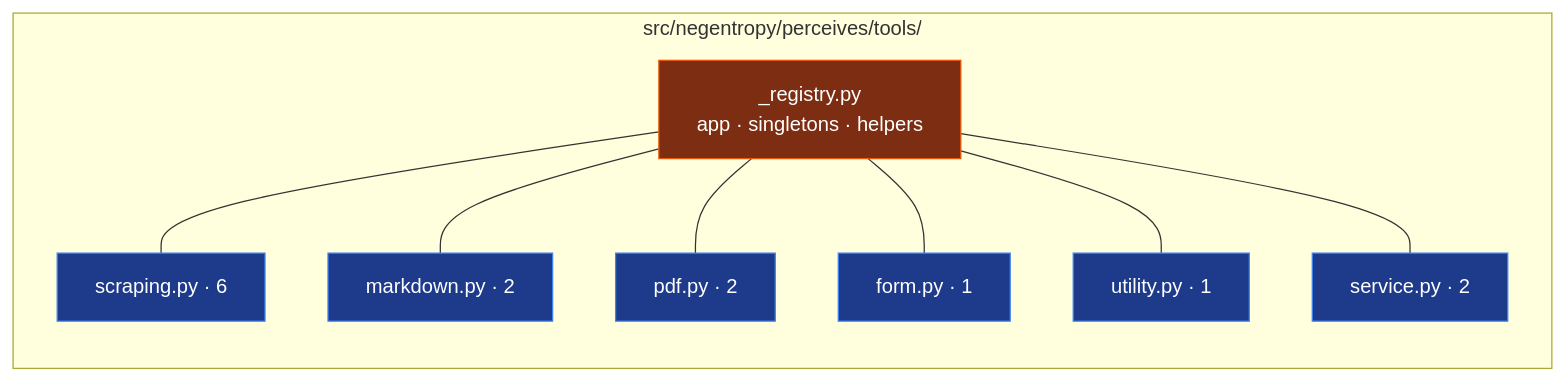
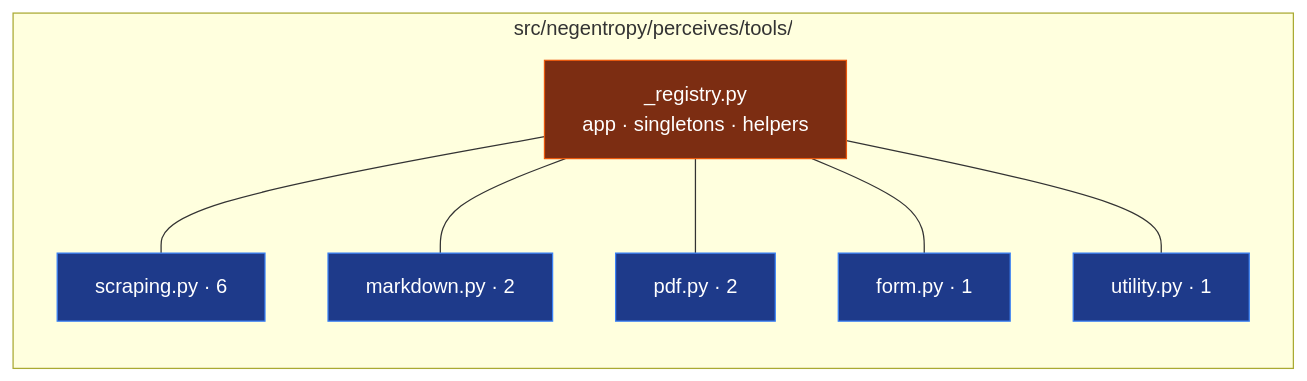
The second of 5 diagrams in docs/1-Framework.md (ThreeFish-AI/data-extractor), drawn with Mermaid before and after one commit. The commit also changed other lines of this file and 28 other files, not shown here.

````diff
--- a/docs/1-Framework.md
+++ b/docs/1-Framework.md
@@ -50,22 +50,20 @@
 ```mermaid
 graph LR
     subgraph "src/negentropy/perceives/tools/"
         R["_registry.py<br/>app · singletons · helpers"]
         S["scraping.py · 6"] & M["markdown.py · 2"] & P["pdf.py · 2"]
-        F["form.py · 1"] & U["utility.py · 1"] & SV["service.py · 2"]
+        F["form.py · 1"] & U["utility.py · 1"]
     end
     R --- S
     R --- M
     R --- P
     R --- F
     R --- U
-    R --- SV
 
     style R fill:#7c2d12,stroke:#ea580c,color:#ffffff
     style S fill:#1e3a8a,stroke:#3b82f6,color:#ffffff
     style M fill:#1e3a8a,stroke:#3b82f6,color:#ffffff
     style P fill:#1e3a8a,stroke:#3b82f6,color:#ffffff
     style F fill:#1e3a8a,stroke:#3b82f6,color:#ffffff
     style U fill:#1e3a8a,stroke:#3b82f6,color:#ffffff
-    style SV fill:#1e3a8a,stroke:#3b82f6,color:#ffffff
 ```
````
